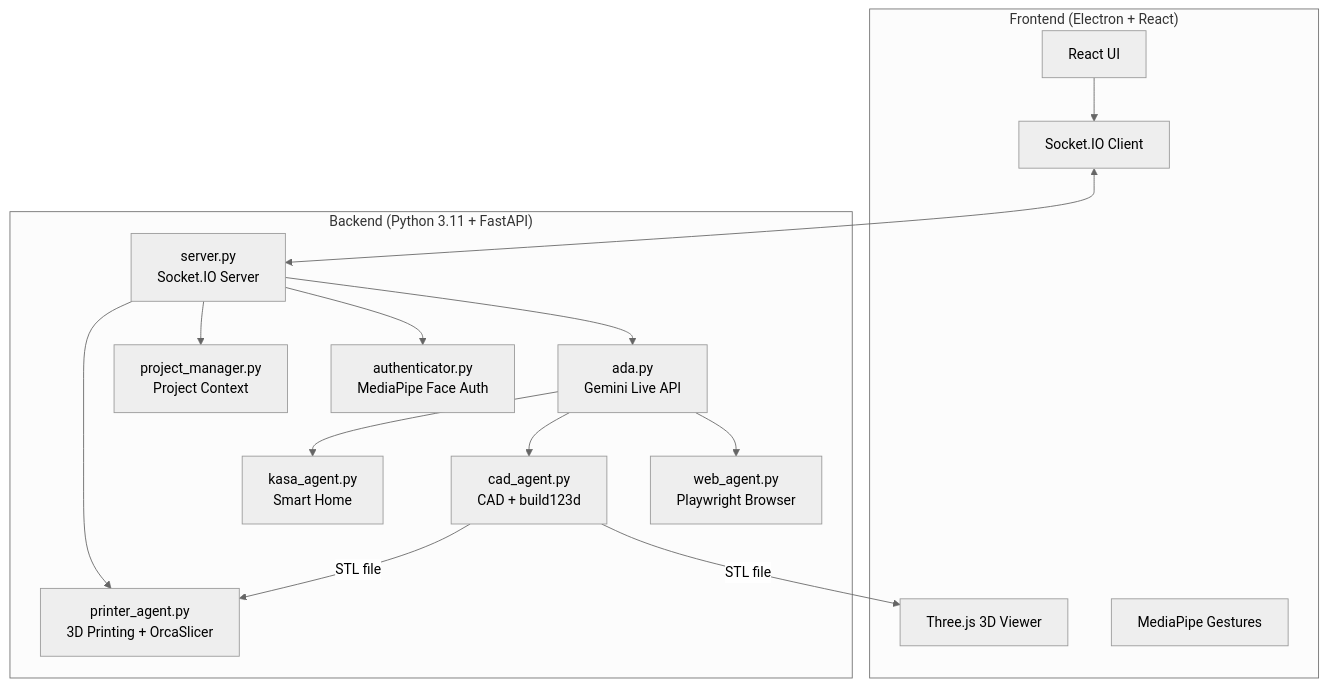
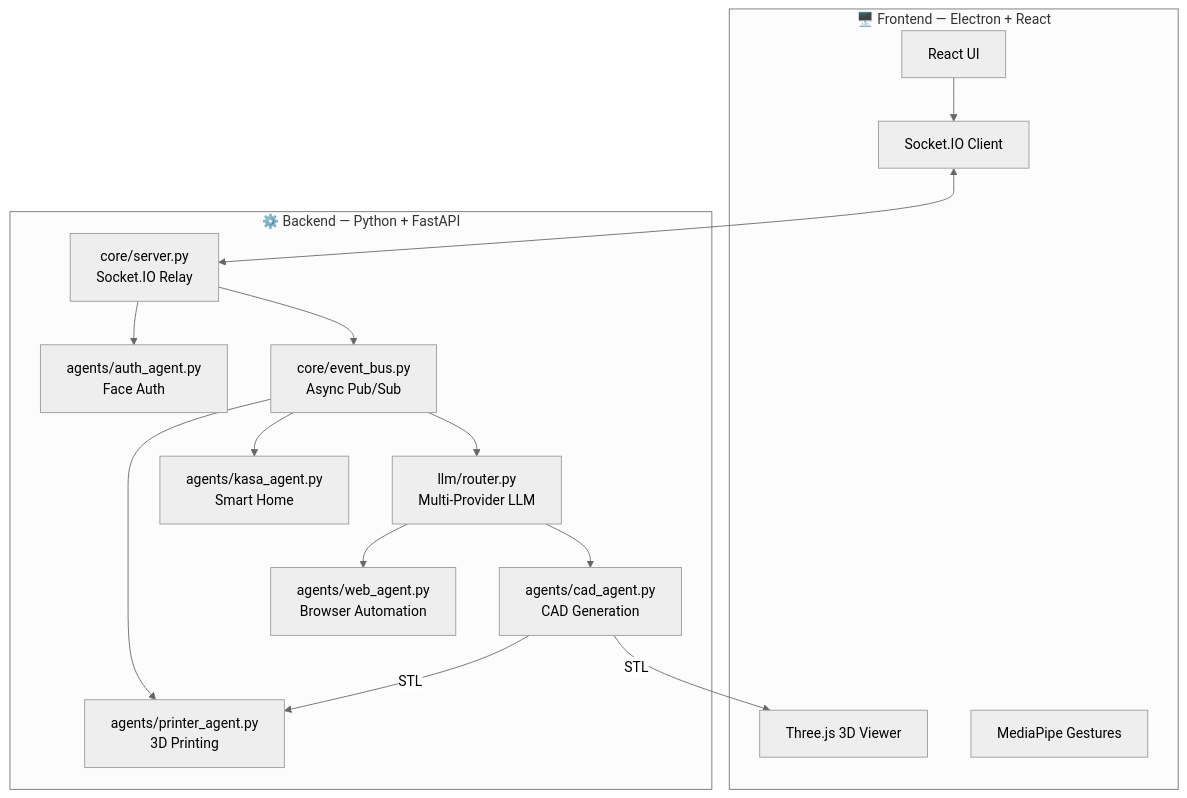
The diagram in README.md (Herorif/INARA), drawn with Mermaid (neutral theme) before and after one commit. The commit also changed other lines of this file and 27 other files, not shown here.

Commit message:
feat: Rebrand to INARA with modular agent architecture and LLM abstraction layer

````diff
--- a/README.md
+++ b/README.md
@@ -44,32 +52,32 @@
 ```mermaid
 graph TB
-    subgraph Frontend ["Frontend (Electron + React)"]
+    subgraph Frontend ["🖥️ Frontend — Electron + React"]
         UI[React UI]
         THREE[Three.js 3D Viewer]
         GESTURE[MediaPipe Gestures]
         SOCKET_C[Socket.IO Client]
     end
-    
-    subgraph Backend ["Backend (Python 3.11 + FastAPI)"]
-        SERVER[server.py<br/>Socket.IO Server]
-        ADA[ada.py<br/>Gemini Live API]
-        WEB[web_agent.py<br/>Playwright Browser]
-        CAD[cad_agent.py<br/>CAD + build123d]
-        PRINTER[printer_agent.py<br/>3D Printing + OrcaSlicer]
-        KASA[kasa_agent.py<br/>Smart Home]
-        AUTH[authenticator.py<br/>MediaPipe Face Auth]
-        PM[project_manager.py<br/>Project Context]
+
+    subgraph Backend ["⚙️ Backend — Python + FastAPI"]
+        SERVER[core/server.py<br/>Socket.IO Relay]
+        BUS[core/event_bus.py<br/>Async Pub/Sub]
+        LLM[llm/router.py<br/>Multi-Provider LLM]
+        CAD[agents/cad_agent.py<br/>CAD Generation]
+        WEB[agents/web_agent.py<br/>Browser Automation]
+        PRINTER[agents/printer_agent.py<br/>3D Printing]
+        KASA[agents/kasa_agent.py<br/>Smart Home]
+        AUTH[agents/auth_agent.py<br/>Face Auth]
     end
-    
+
     UI --> SOCKET_C
     SOCKET_C <--> SERVER
-    SERVER --> ADA
-    ADA --> WEB
-    ADA --> CAD
-    ADA --> KASA
+    SERVER --> BUS
+    BUS --> LLM
+    LLM --> CAD
+    LLM --> WEB
+    BUS --> KASA
+    BUS --> PRINTER
     SERVER --> AUTH
-    SERVER --> PM
-    SERVER --> PRINTER
-    CAD -->|STL file| THREE
-    CAD -->|STL file| PRINTER
+    CAD -->|STL| THREE
+    CAD -->|STL| PRINTER
 ```
````
